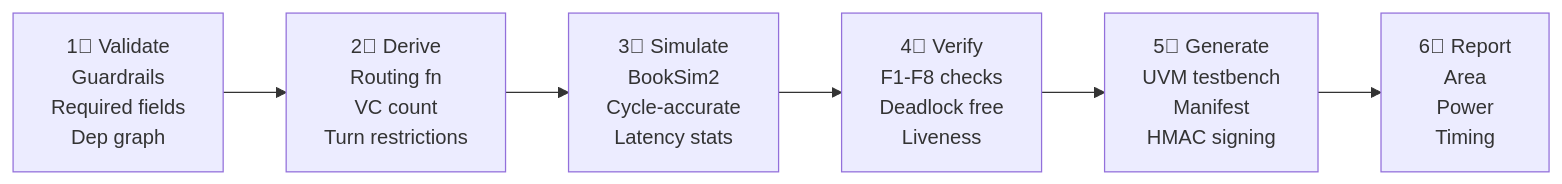
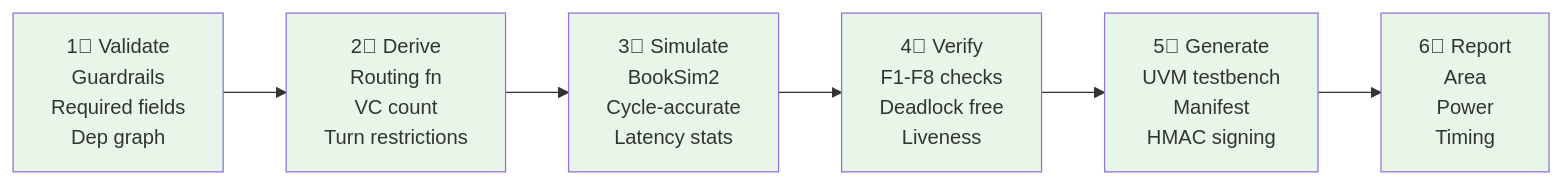
Before and after one commit to Anmol-S314/veritx-research: diagram 12 of 17 in tracks/t3-topology/dse/README.md, drawn with Mermaid. The commit also changed other lines of this file and 1 other file, not shown here.

First line of the commit message:
docs: color-code all 22 Mermaid diagrams with consistent scheme

````diff
--- a/tracks/t3-topology/dse/README.md
+++ b/tracks/t3-topology/dse/README.md
@@ -1617,8 +1651,14 @@
 ```mermaid
 flowchart LR
     S1["1⃣ Validate\nGuardrails\nRequired fields\nDep graph"] --> S2["2⃣ Derive\nRouting fn\nVC count\nTurn restrictions"]
     S2 --> S3["3⃣ Simulate\nBookSim2\nCycle-accurate\nLatency stats"]
     S3 --> S4["4⃣ Verify\n F1-F8 checks\n Deadlock free\n Liveness"]
     S4 --> S5["5⃣ Generate\n UVM testbench\n Manifest\n HMAC signing"]
     S5 --> S6["6⃣ Report\n Area\n Power\n Timing"]
+    style S1 fill:#e8f5e9
+    style S2 fill:#e8f5e9
+    style S3 fill:#e8f5e9
+    style S4 fill:#e8f5e9
+    style S5 fill:#e8f5e9
+    style S6 fill:#e8f5e9
 ```
````
